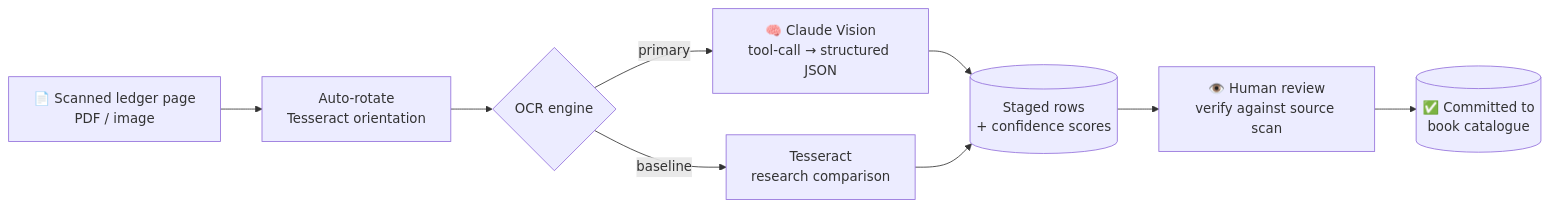
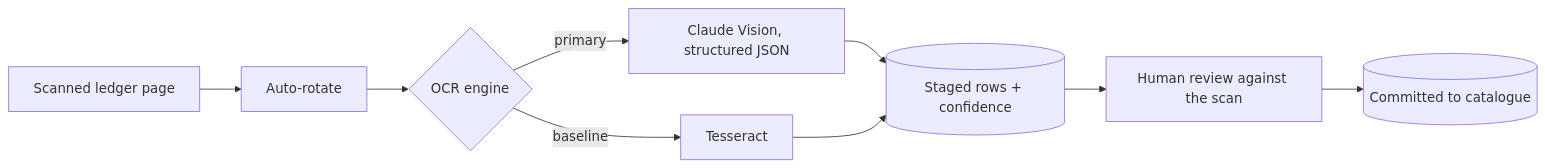
One commit to Zaphyrzan/ePustaka-Munshi changed the first of 2 diagrams in README.md. Above: the diagram before and after it, drawn with Mermaid. The commit also changed other lines of this file, not shown here.

````diff
--- a/README.md
+++ b/README.md
@@ -96,11 +61,11 @@
 ```mermaid
 flowchart LR
-    A[📄 Scanned ledger page<br/>PDF / image] --> B[Auto-rotate<br/>Tesseract orientation]
+    A[Scanned ledger page] --> B[Auto-rotate]
     B --> C{OCR engine}
-    C -->|primary| D[🧠 Claude Vision<br/>tool-call → structured JSON]
-    C -->|baseline| E[Tesseract<br/>research comparison]
-    D --> F[(Staged rows<br/>+ confidence scores)]
+    C -->|primary| D[Claude Vision, structured JSON]
+    C -->|baseline| E[Tesseract]
+    D --> F[(Staged rows + confidence)]
     E --> F
-    F --> G[👁️ Human review<br/>verify against source scan]
-    G --> H[(✅ Committed to<br/>book catalogue)]
+    F --> G[Human review against the scan]
+    G --> H[(Committed to catalogue)]
 ```
````
